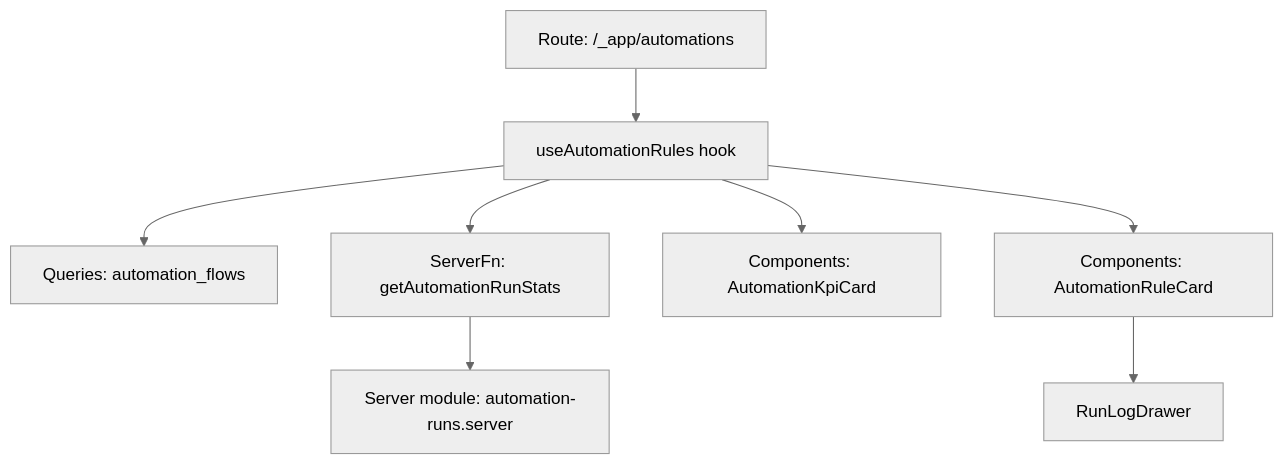
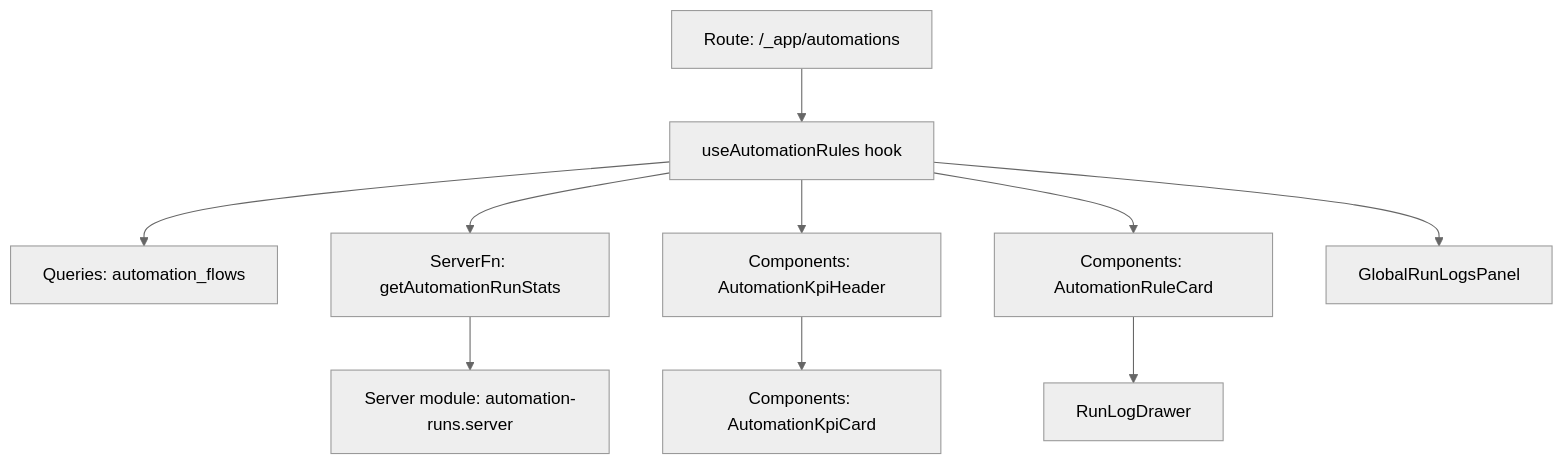
Before and after one commit to gastaldellomarco/pcReady: the first of 5 diagrams in .qoder/repowiki/en/content/Automation System/Automation KPIs and Dashboard.md, drawn with Mermaid (neutral theme). The commit also changed other lines of this file and 19 other files, not shown here.

First line of the commit message:
feat(automation): enhance Automation Flow Builder with dual-mode design and advanced UI

````diff
--- a/.qoder/repowiki/en/content/Automation System/Automation KPIs and Dashboard.md
+++ b/.qoder/repowiki/en/content/Automation System/Automation KPIs and Dashboard.md
@@ -40,10 +53,12 @@
 ```mermaid
 graph TB
 A["Route: /_app/automations"] --> B["useAutomationRules hook"]
 B --> C["Queries: automation_flows"]
 B --> D["ServerFn: getAutomationRunStats"]
 D --> E["Server module: automation-runs.server"]
-B --> F["Components: AutomationKpiCard"]
-B --> G["Components: AutomationRuleCard"]
-G --> H["RunLogDrawer"]
+B --> F["Components: AutomationKpiHeader"]
+F --> G["Components: AutomationKpiCard"]
+B --> H["Components: AutomationRuleCard"]
+H --> I["RunLogDrawer"]
+B --> J["GlobalRunLogsPanel"]
 ```
````
